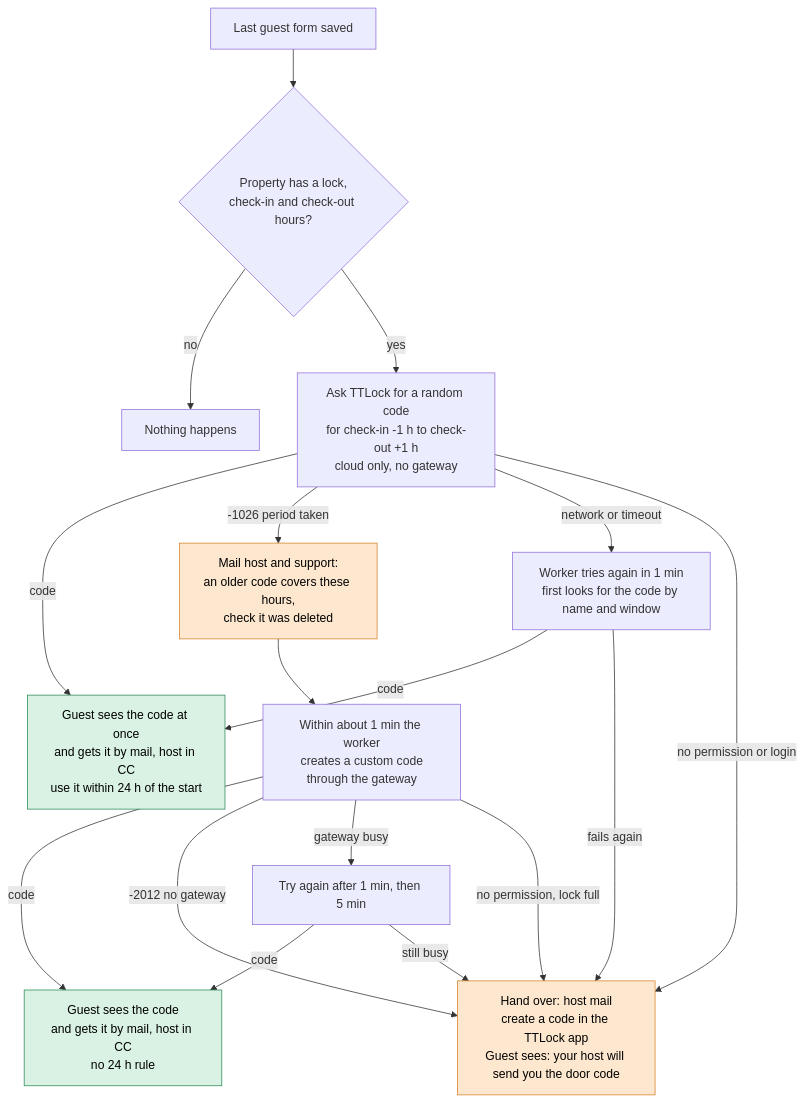
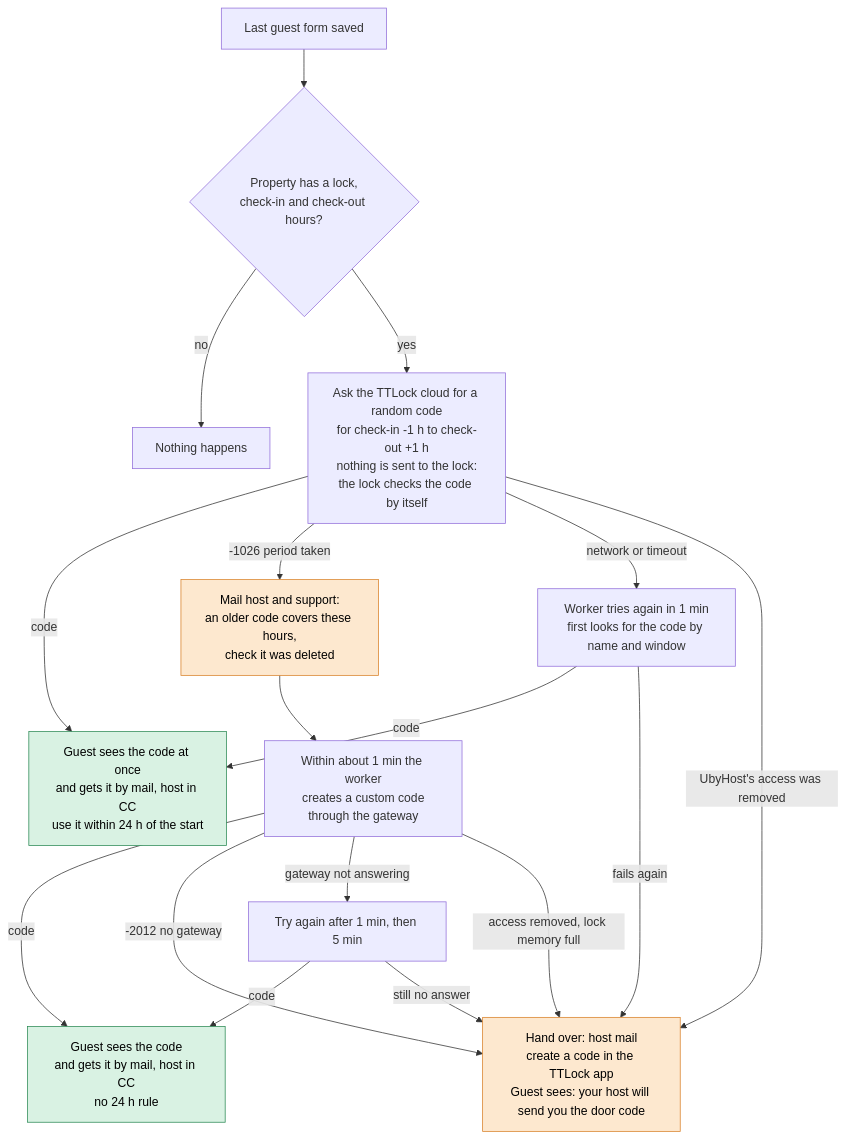
One commit to jsfpechar-ops/jsfpecharoperations changed the first of 2 diagrams in docs/plans/door-code-flow.md. Above: the diagram before and after it, drawn with Mermaid.

Commit message:
Door code flow: say the random code never travels to the lock; plainer failure labels
Claude-Session: https://claude.ai/code/session_01CnDxpps7hLzMctPy2CNUmN

````diff
--- a/docs/plans/door-code-flow.md
+++ b/docs/plans/door-code-flow.md
@@ -7,29 +7,29 @@
 ```mermaid
 flowchart TD
     A[Last guest form saved] --> B{Property has a lock,<br/>check-in and check-out hours?}
     B -- no --> Z[Nothing happens]
-    B -- yes --> C[Ask TTLock for a random code<br/>for check-in -1 h to check-out +1 h<br/>cloud only, no gateway]
+    B -- yes --> C[Ask the TTLock cloud for a random code<br/>for check-in -1 h to check-out +1 h<br/>nothing is sent to the lock:<br/>the lock checks the code by itself]
 
     C -- code --> OK1[Guest sees the code at once<br/>and gets it by mail, host in CC<br/>use it within 24 h of the start]
     C -- "-1026 period taken" --> W[Mail host and support:<br/>an older code covers these hours,<br/>check it was deleted]
     C -- network or timeout --> R[Worker tries again in 1 min<br/>first looks for the code by name and window]
-    C -- no permission or login --> F
+    C -- UbyHost's access was removed --> F
 
     R -- code --> OK1
     R -- fails again --> F
 
     W --> ADD[Within about 1 min the worker<br/>creates a custom code<br/>through the gateway]
     ADD -- code --> OK2[Guest sees the code<br/>and gets it by mail, host in CC<br/>no 24 h rule]
     ADD -- "-2012 no gateway" --> F
-    ADD -- gateway busy --> RB[Try again after 1 min, then 5 min]
+    ADD -- gateway not answering --> RB[Try again after 1 min, then 5 min]
     RB -- code --> OK2
-    RB -- still busy --> F
-    ADD -- no permission, lock full --> F
+    RB -- still no answer --> F
+    ADD -- access removed, lock memory full --> F
 
     F[Hand over: host mail<br/>create a code in the TTLock app<br/>Guest sees: your host will send you the door code]
 
     classDef ok fill:#d9f2e3,stroke:#2e8b57,color:#000
     classDef host fill:#fde8cf,stroke:#d9822b,color:#000
     class OK1,OK2 ok
     class F,W host
 ```
````
